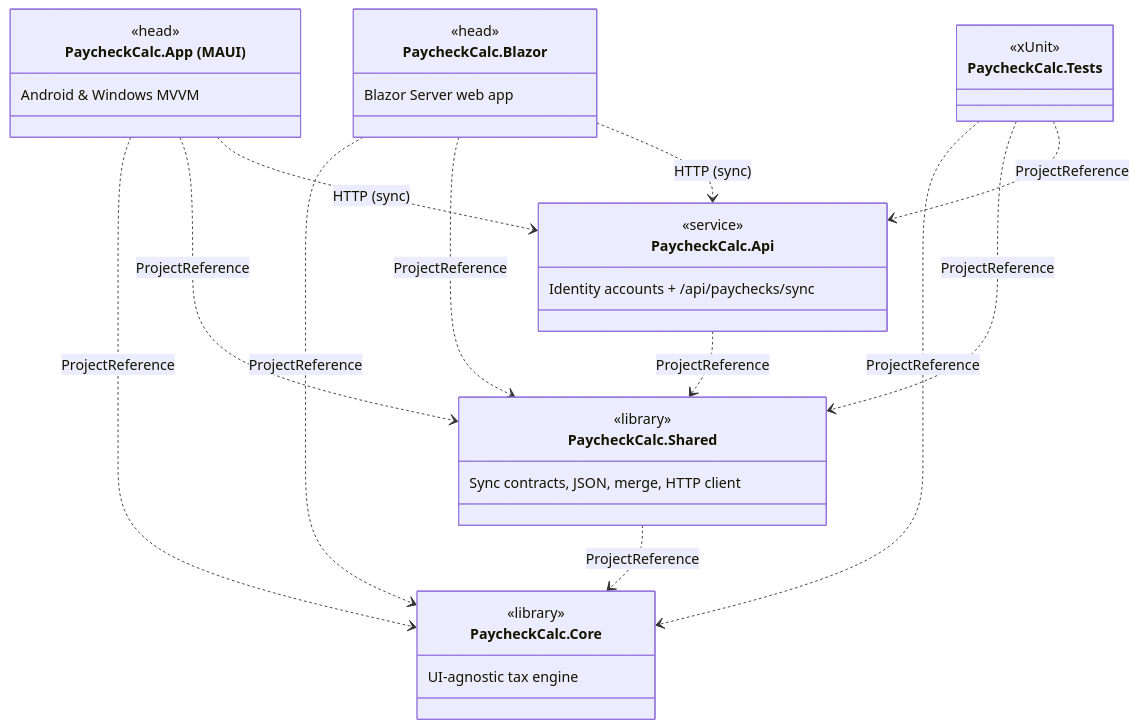
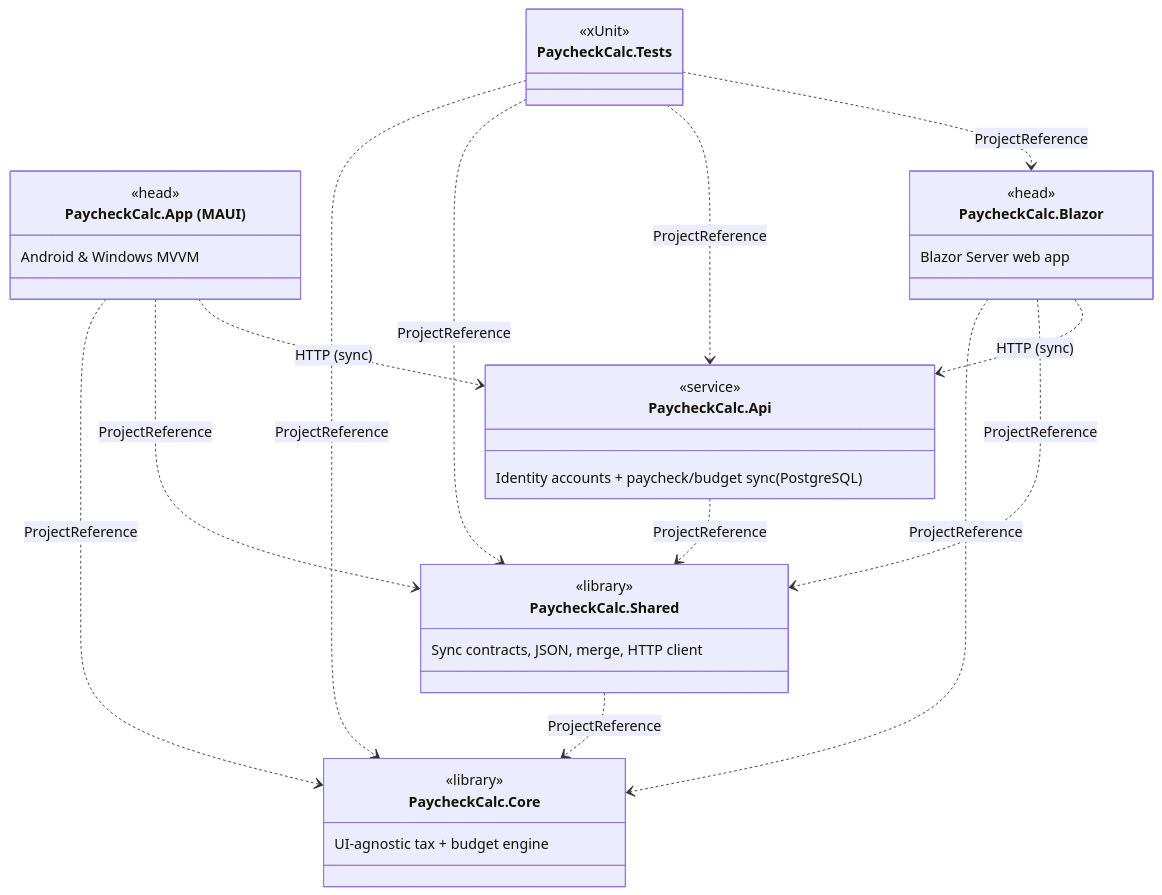
The first of 4 diagrams in docs/class-diagram.md (Fibonacci-0112/PaycheckCalculator), drawn with Mermaid before and after one commit. The commit also changed other lines of this file and 10 other files, not shown here.

First line of the commit message:
docs: sync README, class diagram, and wiki with current codebase

````diff
--- a/docs/class-diagram.md
+++ b/docs/class-diagram.md
@@ -13,40 +13,41 @@
 ```mermaid
 classDiagram
     direction TB
 
     class Core["PaycheckCalc.Core"] {
         <<library>>
-        UI-agnostic tax engine
+        UI-agnostic tax + budget engine
     }
     class Shared["PaycheckCalc.Shared"] {
         <<library>>
         Sync contracts, JSON, merge, HTTP client
     }
     class App["PaycheckCalc.App (MAUI)"] {
         <<head>>
         Android & Windows MVVM
     }
     class Blazor["PaycheckCalc.Blazor"] {
         <<head>>
         Blazor Server web app
     }
     class Api["PaycheckCalc.Api"] {
         <<service>>
-        Identity accounts + /api/paychecks/sync
+        Identity accounts + paycheck/budget sync (PostgreSQL)
     }
     class Tests["PaycheckCalc.Tests"] {
         <<xUnit>>
     }
 
     Shared ..> Core : ProjectReference
     App ..> Core : ProjectReference
     App ..> Shared : ProjectReference
     Blazor ..> Core : ProjectReference
     Blazor ..> Shared : ProjectReference
     Api ..> Shared : ProjectReference
     Tests ..> Core : ProjectReference
     Tests ..> Shared : ProjectReference
     Tests ..> Api : ProjectReference
+    Tests ..> Blazor : ProjectReference
     App ..> Api : HTTP (sync)
     Blazor ..> Api : HTTP (sync)
 ```
````
